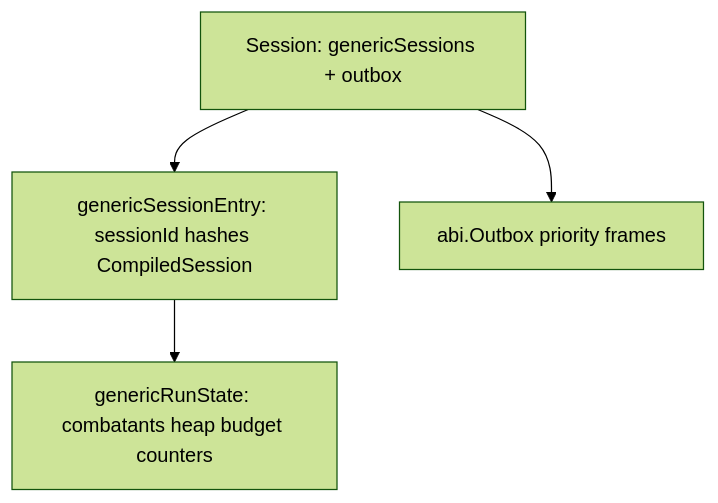
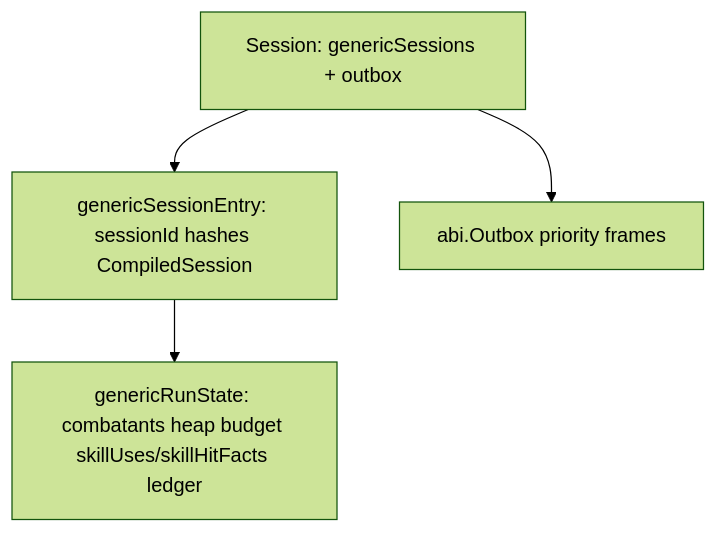
The fourth of 4 diagrams in wasm/tinygo_engine_v2/ARCHITECTURE.md (JeanbartBiubiu/damage_viewer_project_planning), drawn with Mermaid (forest theme) before and after one commit. The commit also changed other lines of this file and 21 other files, not shown here.

````diff
--- a/wasm/tinygo_engine_v2/ARCHITECTURE.md
+++ b/wasm/tinygo_engine_v2/ARCHITECTURE.md
@@ -107,11 +108,11 @@
 ```mermaid
 graph TD
     Session["Session: genericSessions + outbox"]
     Entry["genericSessionEntry: sessionId hashes CompiledSession"]
-    State["genericRunState: combatants heap budget counters"]
+    State["genericRunState: combatants heap budget skillUses/skillHitFacts ledger"]
     Outbox["abi.Outbox priority frames"]
 
     Session --> Entry
     Session --> Outbox
     Entry --> State
 ```
````
